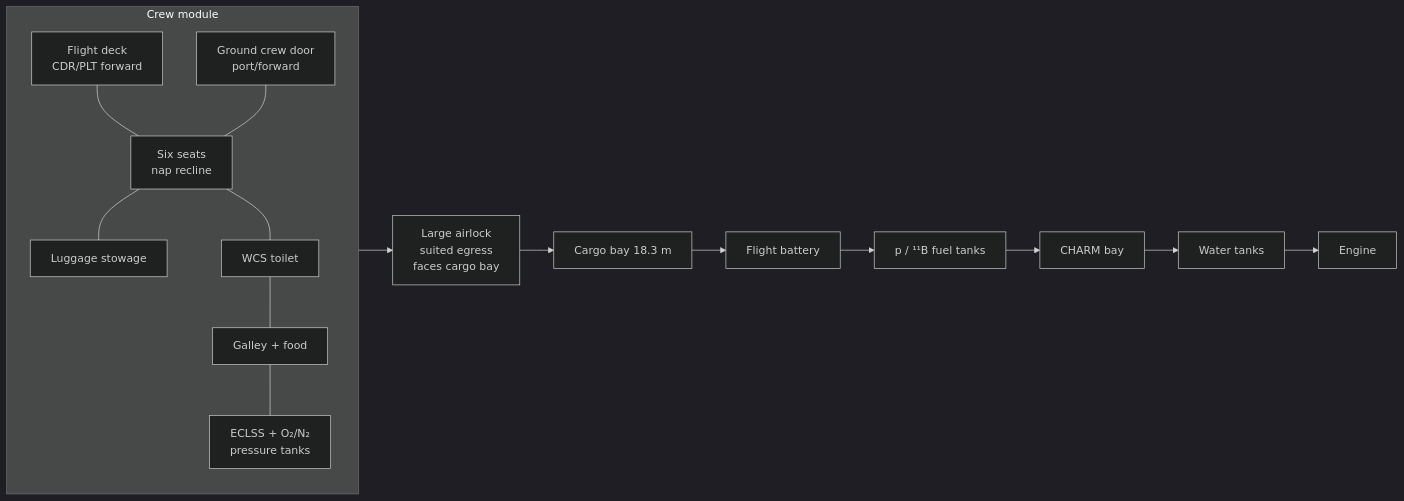
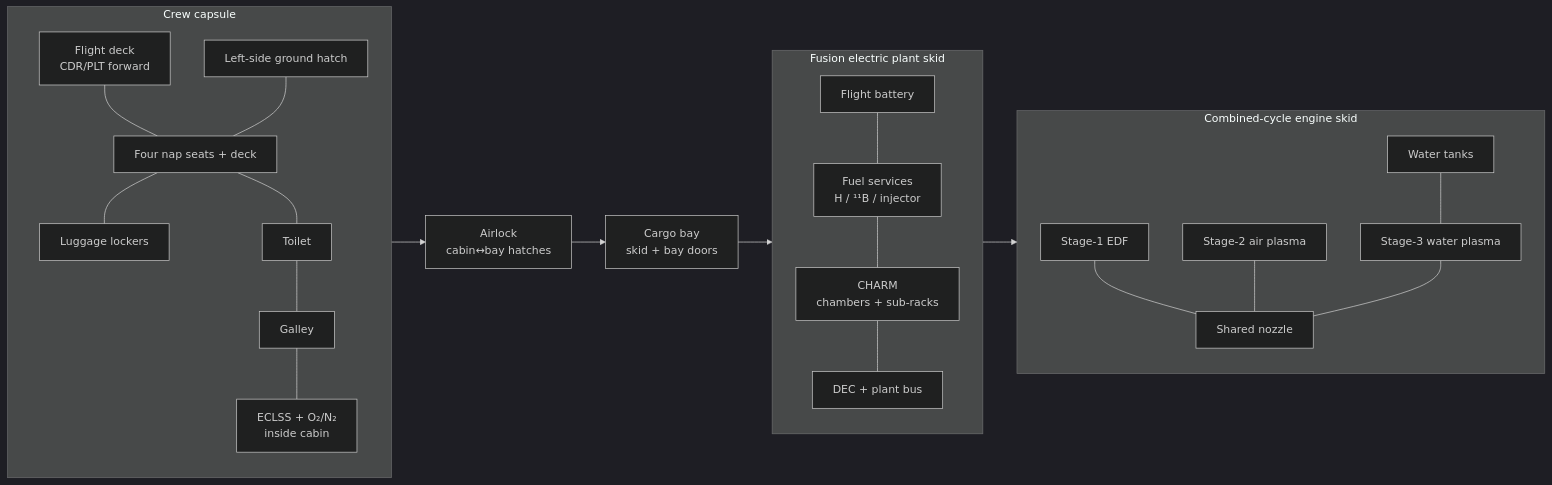
The third of 3 diagrams in arxiv.md (catskillsresearch/charm_p11b_ssto), drawn with Mermaid (dark theme) before and after one commit. The commit also changed other lines of this file and 2 other files, not shown here.

````diff
--- a/arxiv.md
+++ b/arxiv.md
@@ -881,23 +905,36 @@
 ```mermaid
 flowchart LR
-  subgraph crew ["Crew module"]
+  subgraph crew ["Crew capsule"]
     FD["Flight deck<br/>CDR/PLT forward"]
-    SE["Six seats<br/>nap recline"]
-    LUG["Luggage stowage"]
-    WCS["WCS toilet"]
-    GAL["Galley + food"]
-    ECLSS["ECLSS + O₂/N₂<br/>pressure tanks"]
-    DOOR["Ground crew door<br/>port/forward"]
+    SE["Four nap seats + deck"]
+    LUG["Luggage lockers"]
+    WCS["Toilet"]
+    GAL["Galley"]
+    ECLSS["ECLSS + O₂/N₂<br/>inside cabin"]
+    DOOR["Left-side ground hatch"]
     FD --- SE --- LUG
     SE --- WCS --- GAL --- ECLSS
     DOOR --- SE
   end
-  AL["Large airlock<br/>suited egress<br/>faces cargo bay"]
-  B["Cargo bay 18.3 m"]
-  BAT["Flight battery"]
-  FUEL["p / ¹¹B fuel tanks"]
-  R["CHARM bay"]
-  W["Water tanks"]
-  E["Engine"]
-  crew --> AL --> B --> BAT --> FUEL --> R --> W --> E
+  AL["Airlock<br/>cabin↔bay hatches"]
+  B["Cargo bay<br/>skid + bay doors"]
+  subgraph FP ["Fusion electric plant skid"]
+    BAT["Flight battery"]
+    FUEL["Fuel services<br/>H / ¹¹B / injector"]
+    R["CHARM<br/>chambers + sub-racks"]
+    DEC2["DEC + plant bus"]
+    BAT --- FUEL --- R --- DEC2
+  end
+  subgraph ENG ["Combined-cycle engine skid"]
+    W["Water tanks"]
+    S1["Stage-1 EDF"]
+    S2["Stage-2 air plasma"]
+    S3["Stage-3 water plasma"]
+    NZ["Shared nozzle"]
+    W --- S3
+    S1 --- NZ
+    S2 --- NZ
+    S3 --- NZ
+  end
+  crew --> AL --> B --> FP --> ENG
 ```
````
